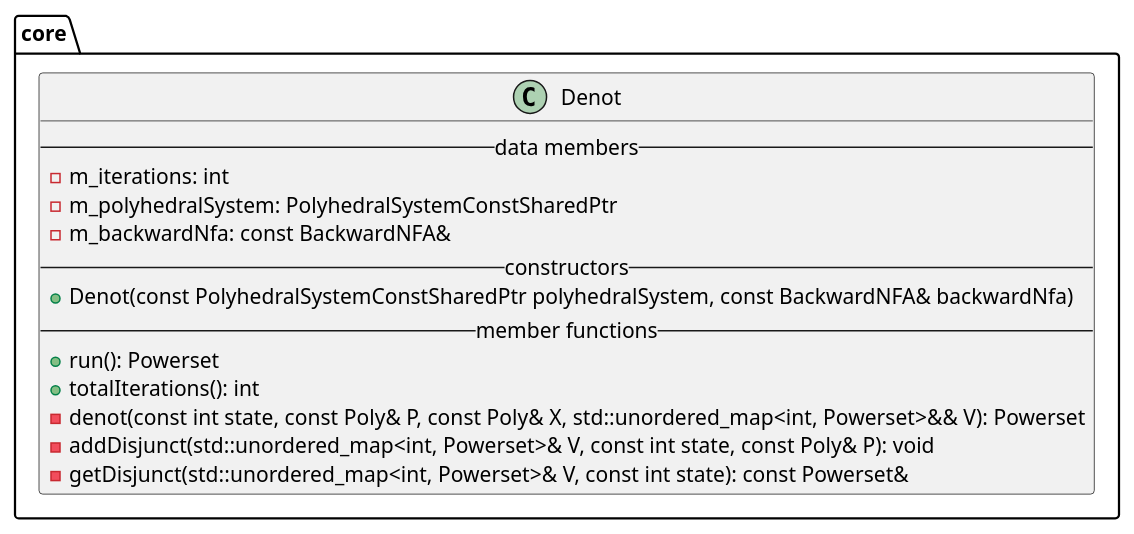
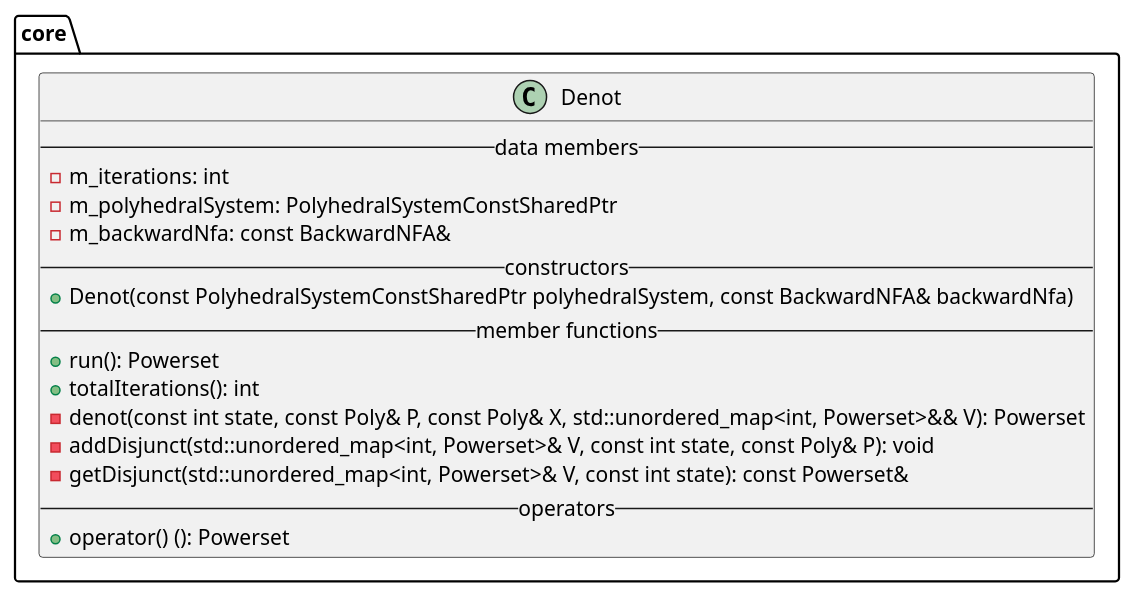
The diagram in docs/plantuml/core.puml (vtramo/rtl-mc), drawn with PlantUML before and after one commit. The commit also changed 3 other files, not shown here.

```diff
--- a/docs/plantuml/core.puml
+++ b/docs/plantuml/core.puml
@@ -1,18 +1,20 @@
 @startuml
 package core {
     class Denot {
         --data members--
         -m_iterations: int
         -m_polyhedralSystem: PolyhedralSystemConstSharedPtr
         -m_backwardNfa: const BackwardNFA&
         --constructors--
         +Denot(const PolyhedralSystemConstSharedPtr polyhedralSystem, const BackwardNFA& backwardNfa)
         --member functions--
         +run(): Powerset
         +totalIterations(): int
         -denot(const int state, const Poly& P, const Poly& X, std::unordered_map<int, Powerset>&& V): Powerset
         -addDisjunct(std::unordered_map<int, Powerset>& V, const int state, const Poly& P): void
         -getDisjunct(std::unordered_map<int, Powerset>& V, const int state): const Powerset&
+        --operators--
+        +operator() (): Powerset
     }
 }
 @enduml
```
